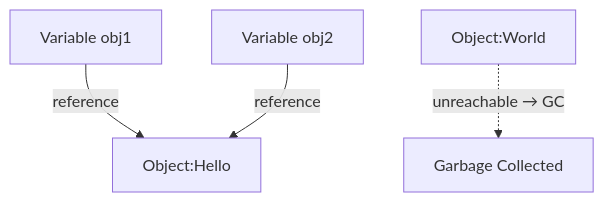
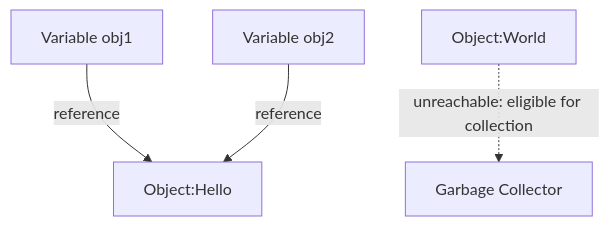
The third of 3 diagrams in slides/E3.4 - Java Classes (Details).md (nbicocchi/learn-java-core), drawn with Mermaid before and after one commit. The commit also changed other lines of this file and 23 other files, not shown here.

````diff
--- a/slides/E3.4 - Java Classes (Details).md
+++ b/slides/E3.4 - Java Classes (Details).md
@@ -324,6 +388,6 @@
 ```mermaid
 flowchart TD
     obj1[Variable obj1] -->|reference| objA[Object:Hello]
     obj2[Variable obj2] -->|reference| objA[Object:Hello]
-    Object:World -.->|unreachable → GC| GC[Garbage Collected]
+    objB[Object:World] -.->|unreachable: eligible for collection| GC[Garbage Collector]
 ```
````
